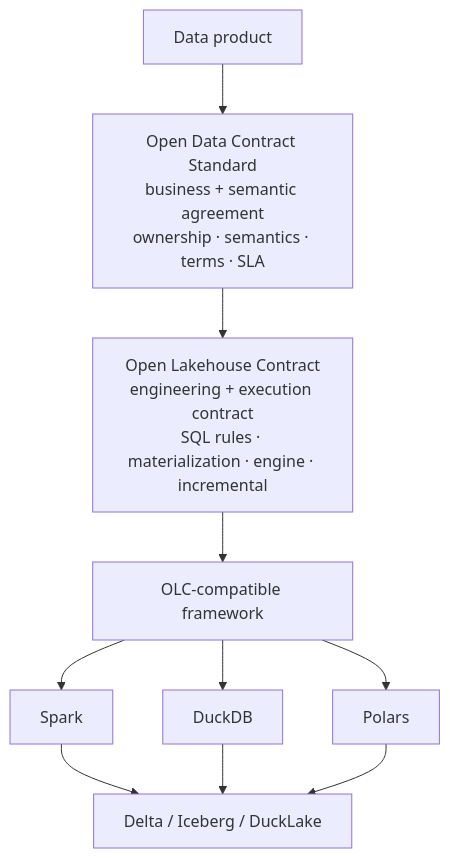
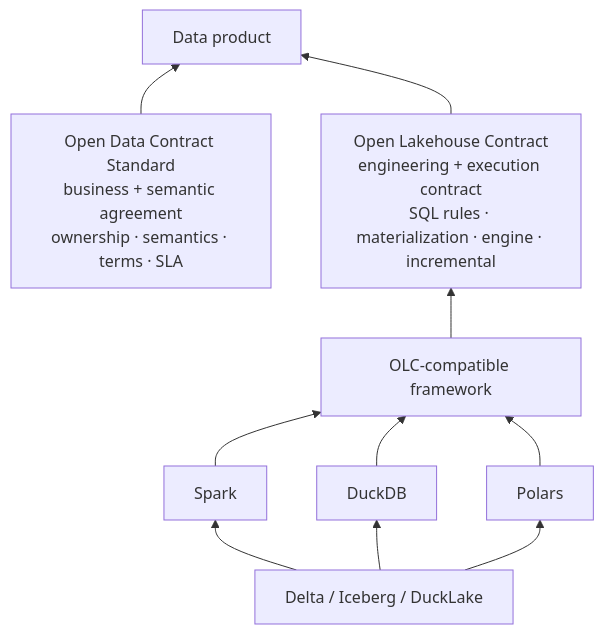
The first of 2 diagrams in docs/concepts/vs-odcs.md (LakeLogic/open-lakehouse-contract), drawn with Mermaid before and after one commit. The commit also changed 114 other files, not shown here.

````diff
--- a/docs/concepts/vs-odcs.md
+++ b/docs/concepts/vs-odcs.md
@@ -12,12 +12,12 @@
 ```mermaid
-flowchart TD
-    DP[Data product] --> ODCS[Open Data Contract Standard<br/>business + semantic agreement<br/>ownership · semantics · terms · SLA]
-    ODCS --> OLC[Open Lakehouse Contract<br/>engineering + execution contract<br/>SQL rules · materialization · engine · incremental]
-    OLC --> RT[OLC-compatible framework]
-    RT --> E1[Spark]
-    RT --> E2[DuckDB]
-    RT --> E3[Polars]
-    E1 --> F[Delta / Iceberg / DuckLake]
-    E2 --> F
-    E3 --> F
+flowchart BT
+    ODCS[Open Data Contract Standard<br/>business + semantic agreement<br/>ownership · semantics · terms · SLA] --> DP[Data product]
+    OLC[Open Lakehouse Contract<br/>engineering + execution contract<br/>SQL rules · materialization · engine · incremental] --> DP
+    RT[OLC-compatible framework] --> OLC
+    E1[Spark] --> RT
+    E2[DuckDB] --> RT
+    E3[Polars] --> RT
+    F[Delta / Iceberg / DuckLake] --> E1
+    F --> E2
+    F --> E3
 ```
````
